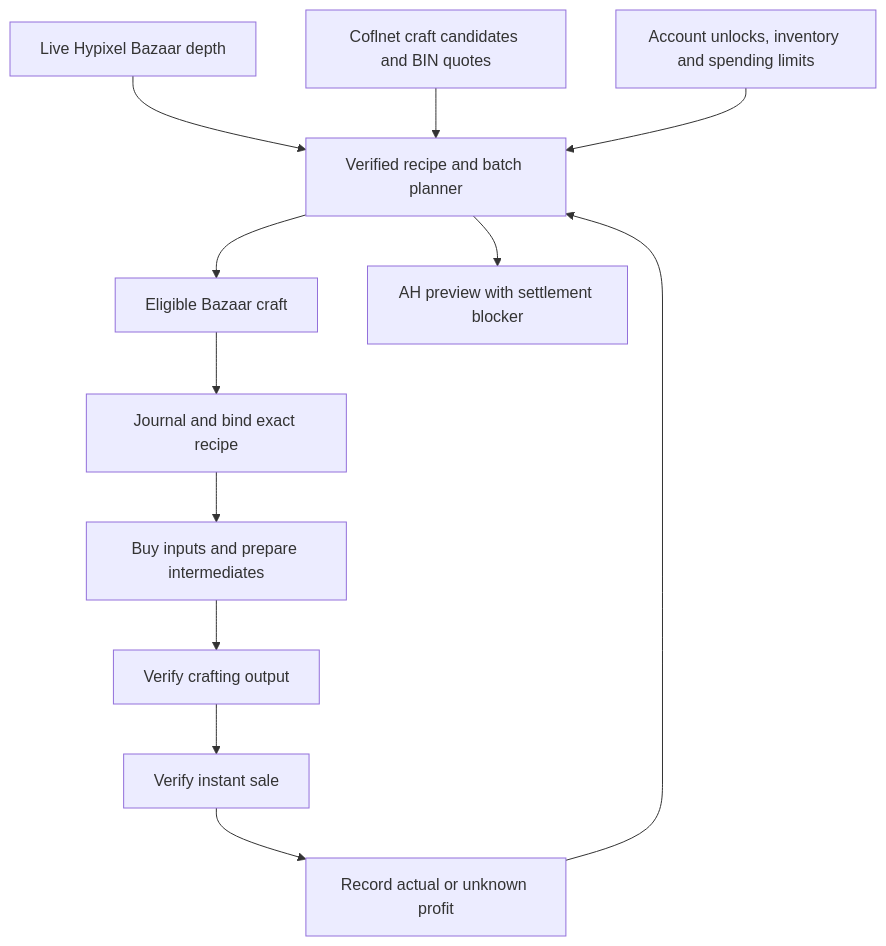
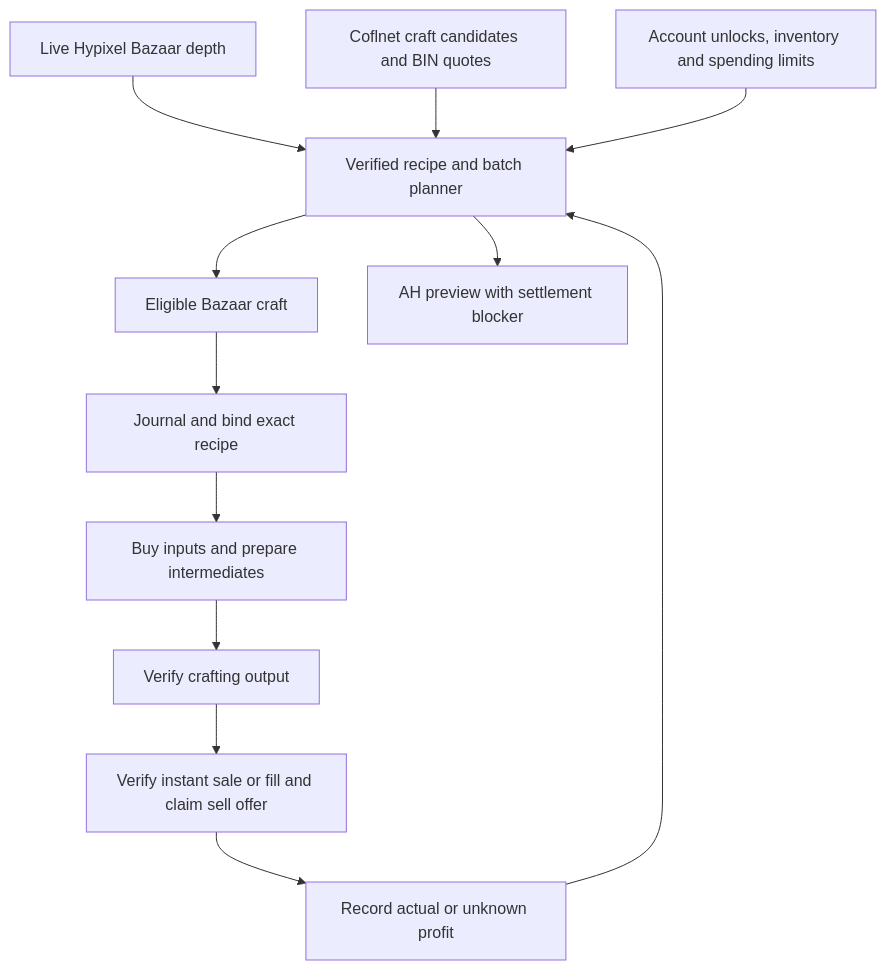
One commit to abdyzam50-rgb/goofyaddons changed the diagram in docs/CRAFT-FLIP-PIPELINE.md. Above: the diagram before and after it, drawn with Mermaid. The commit also changed other lines of this file and 35 other files, not shown here.

````diff
--- a/docs/CRAFT-FLIP-PIPELINE.md
+++ b/docs/CRAFT-FLIP-PIPELINE.md
@@ -17,14 +18,14 @@
 ```mermaid
 flowchart TD
     B[Live Hypixel Bazaar depth] --> P[Verified recipe and batch planner]
     C[Coflnet craft candidates and BIN quotes] --> P
     A[Account unlocks, inventory and spending limits] --> P
     P --> E[Eligible Bazaar craft]
     P --> H[AH preview with settlement blocker]
     E --> Q[Journal and bind exact recipe]
     Q --> I[Buy inputs and prepare intermediates]
     I --> K[Verify crafting output]
-    K --> S[Verify instant sale]
+    K --> S[Verify instant sale or fill and claim sell offer]
     S --> L[Record actual or unknown profit]
     L --> P
 ```
````
